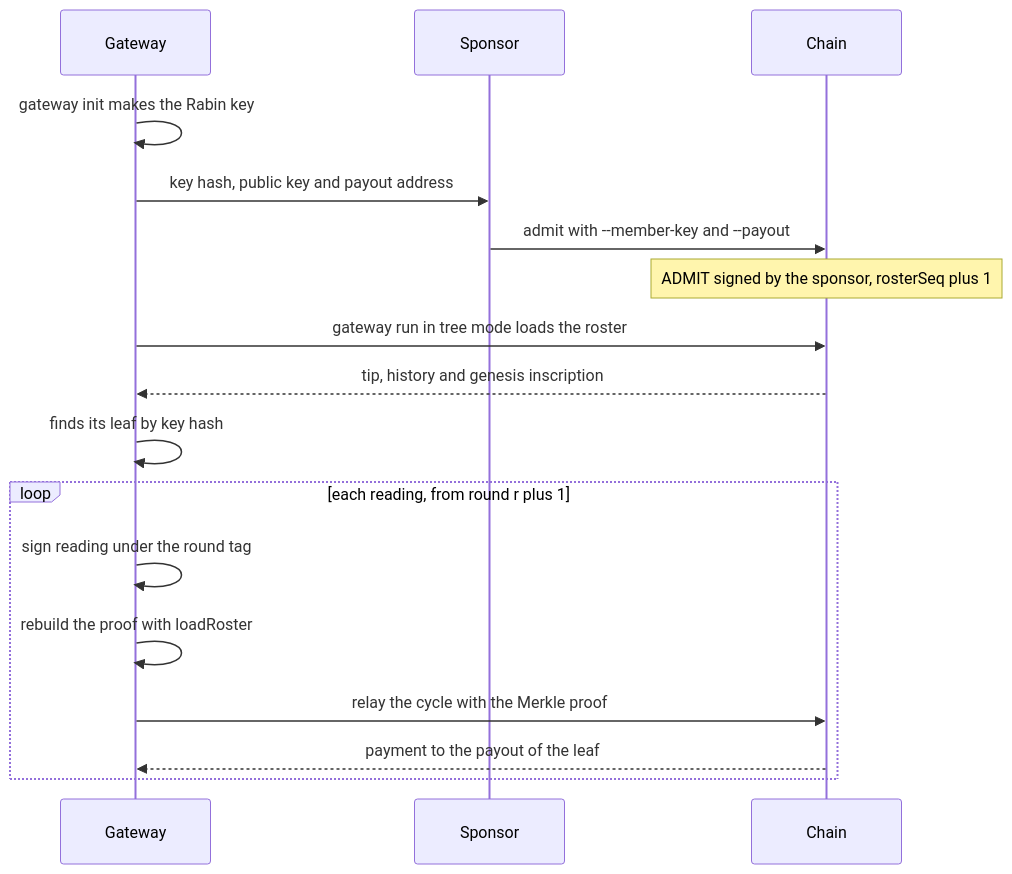
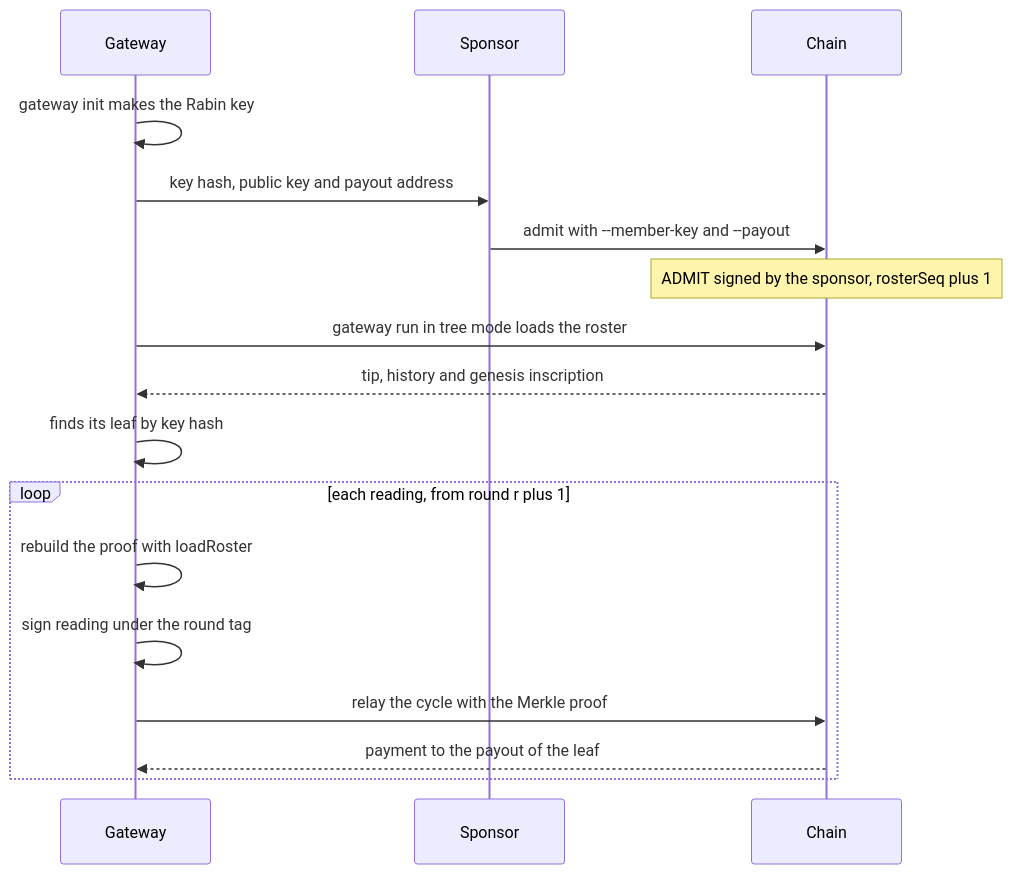
The third of 5 diagrams in docs/ARCHITECTURE.md (Bittoku/k17-dc4cd), drawn with Mermaid before and after one commit. The commit also changed other lines of this file and 4 other files, not shown here.

Commit message:
docs: architecture fact-check corrections; stale sizes and roster notes

````diff
--- a/docs/ARCHITECTURE.md
+++ b/docs/ARCHITECTURE.md
@@ -244,19 +245,19 @@
 ```mermaid
 sequenceDiagram
     participant G as Gateway
     participant S as Sponsor
     participant C as Chain
     G->>G: gateway init makes the Rabin key
     G->>S: key hash, public key and payout address
     S->>C: admit with --member-key and --payout
     Note over C: ADMIT signed by the sponsor, rosterSeq plus 1
     G->>C: gateway run in tree mode loads the roster
     C-->>G: tip, history and genesis inscription
     G->>G: finds its leaf by key hash
     loop each reading, from round r plus 1
+        G->>G: rebuild the proof with loadRoster
         G->>G: sign reading under the round tag
-        G->>G: rebuild the proof with loadRoster
         G->>C: relay the cycle with the Merkle proof
         C-->>G: payment to the payout of the leaf
     end
 ```
````
